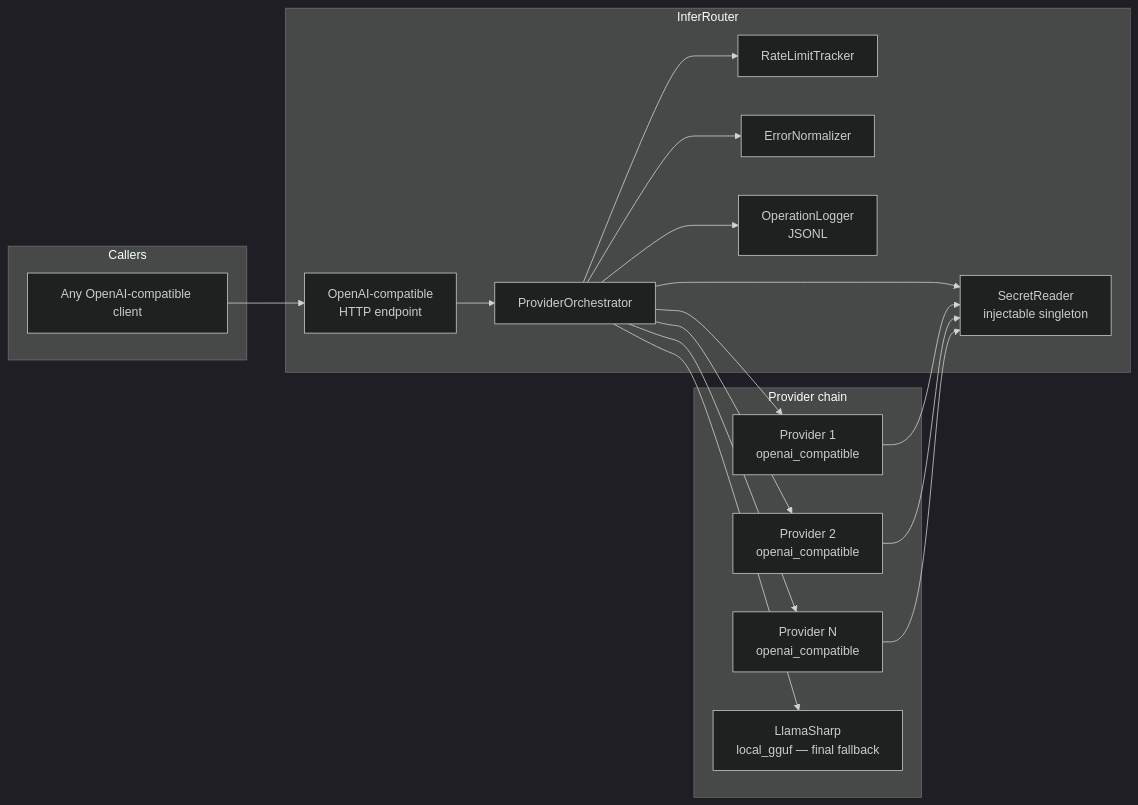
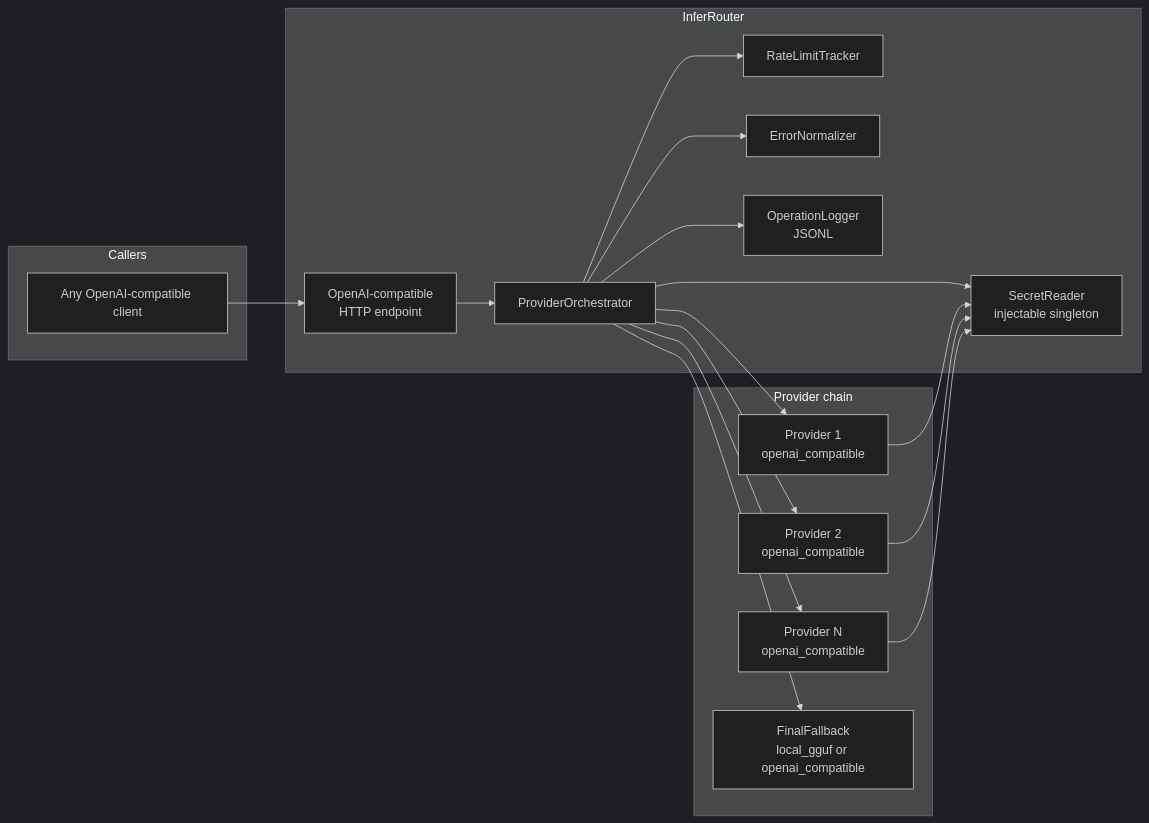
The diagram in README.md (vvidman/InferRouter), drawn with Mermaid (dark theme) before and after one commit. The commit also changed other lines of this file and 5 other files, not shown here.

````diff
--- a/README.md
+++ b/README.md
@@ -23,37 +23,37 @@
 ```mermaid
 flowchart LR
     subgraph Callers
         A[Any OpenAI-compatible client]
     end
 
     subgraph InferRouter
         API[OpenAI-compatible\nHTTP endpoint]
         RC[ProviderOrchestrator]
         RL[RateLimitTracker]
         EH[ErrorNormalizer]
         LOG[OperationLogger\nJSONL]
         SR[SecretReader\ninjectable singleton]
 
         API --> RC
         RC --> RL
         RC --> EH
         RC --> LOG
         RC --> SR
     end
 
     subgraph Provider chain
         P1[Provider 1\nopenai_compatible]
         P2[Provider 2\nopenai_compatible]
         PN[Provider N\nopenai_compatible]
-        LS[LlamaSharp\nlocal_gguf — final fallback]
+        FF[FinalFallback\nlocal_gguf or openai_compatible]
     end
 
     A --> API
     RC --> P1
     RC --> P2
     RC --> PN
-    RC --> LS
+    RC --> FF
     P1 --> SR
     P2 --> SR
     PN --> SR
 ```
````
